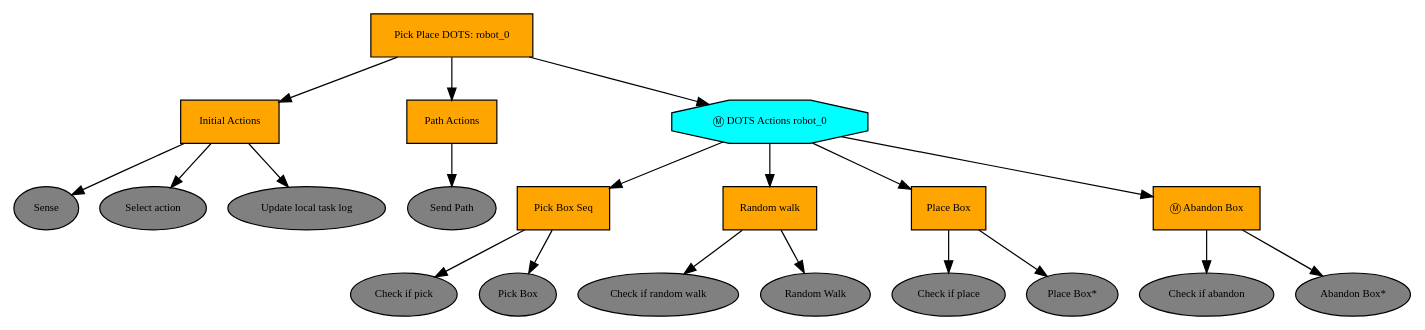
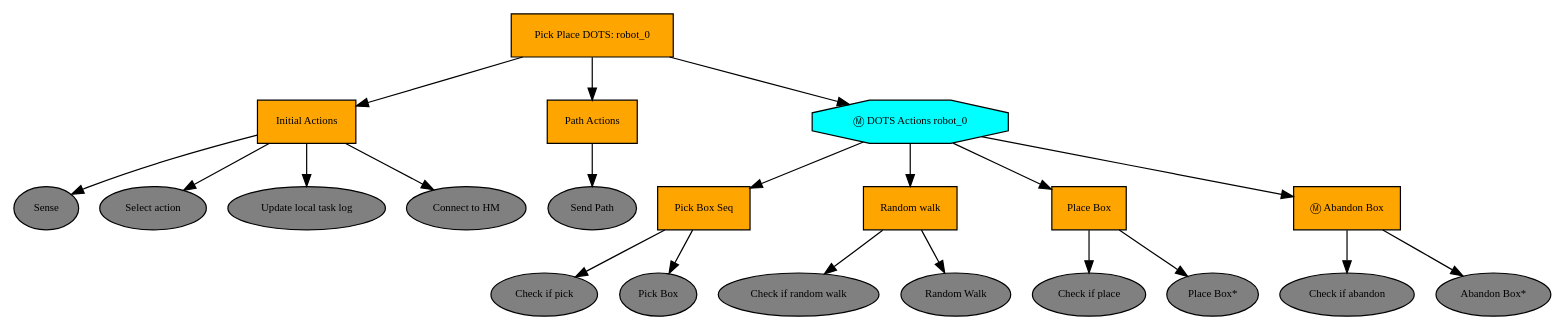
The diagram in simulator/pick_place_dots_robot_0.dot (LuminateBristol/hive_alife_2025), drawn with Graphviz before and after one commit. The commit also changed 568 other files, not shown here.

Commit message:
logistics implemented with knowledge graph and working

```diff
--- a/simulator/pick_place_dots_robot_0.dot
+++ b/simulator/pick_place_dots_robot_0.dot
@@ -1,45 +1,47 @@
 digraph pastafarianism {
 ordering=out;
 graph [fontname="times-roman"];
 node [fontname="times-roman"];
 edge [fontname="times-roman"];
 "Pick Place DOTS" [label="Pick Place DOTS: robot_0", shape=box, style=filled, fillcolor=orange, fontsize=9, fontcolor=black];
 "Initial Actions" [label="Initial Actions", shape=box, style=filled, fillcolor=orange, fontsize=9, fontcolor=black];
 "Pick Place DOTS":" robot_0" -> "Initial Actions";
 Sense [label=Sense, shape=ellipse, style=filled, fillcolor=gray, fontsize=9, fontcolor=black];
 "Initial Actions" -> Sense;
 "Select action" [label="Select action", shape=ellipse, style=filled, fillcolor=gray, fontsize=9, fontcolor=black];
 "Initial Actions" -> "Select action";
 "Update local task log" [label="Update local task log", shape=ellipse, style=filled, fillcolor=gray, fontsize=9, fontcolor=black];
 "Initial Actions" -> "Update local task log";
+"Connect to HM" [label="Connect to HM", shape=ellipse, style=filled, fillcolor=gray, fontsize=9, fontcolor=black];
+"Initial Actions" -> "Connect to HM";
 "Path Actions" [label="Path Actions", shape=box, style=filled, fillcolor=orange, fontsize=9, fontcolor=black];
 "Pick Place DOTS":" robot_0" -> "Path Actions";
 "Send Path" [label="Send Path", shape=ellipse, style=filled, fillcolor=gray, fontsize=9, fontcolor=black];
 "Path Actions" -> "Send Path";
 "DOTS Actions robot_0" [label="Ⓜ DOTS Actions robot_0", shape=octagon, style=filled, fillcolor=cyan, fontsize=9, fontcolor=black];
 "Pick Place DOTS":" robot_0" -> "DOTS Actions robot_0";
 "Pick Box Seq" [label="Pick Box Seq", shape=box, style=filled, fillcolor=orange, fontsize=9, fontcolor=black];
 "DOTS Actions robot_0" -> "Pick Box Seq";
 "Check if pick" [label="Check if pick", shape=ellipse, style=filled, fillcolor=gray, fontsize=9, fontcolor=black];
 "Pick Box Seq" -> "Check if pick";
 "Pick Box" [label="Pick Box", shape=ellipse, style=filled, fillcolor=gray, fontsize=9, fontcolor=black];
 "Pick Box Seq" -> "Pick Box";
 "Random walk" [label="Random walk", shape=box, style=filled, fillcolor=orange, fontsize=9, fontcolor=black];
 "DOTS Actions robot_0" -> "Random walk";
 "Check if random walk" [label="Check if random walk", shape=ellipse, style=filled, fillcolor=gray, fontsize=9, fontcolor=black];
 "Random walk" -> "Check if random walk";
 "Random Walk" [label="Random Walk", shape=ellipse, style=filled, fillcolor=gray, fontsize=9, fontcolor=black];
 "Random walk" -> "Random Walk";
 "Place Box" [label="Place Box", shape=box, style=filled, fillcolor=orange, fontsize=9, fontcolor=black];
 "DOTS Actions robot_0" -> "Place Box";
 "Check if place" [label="Check if place", shape=ellipse, style=filled, fillcolor=gray, fontsize=9, fontcolor=black];
 "Place Box" -> "Check if place";
 "Place Box*" [label="Place Box*", shape=ellipse, style=filled, fillcolor=gray, fontsize=9, fontcolor=black];
 "Place Box" -> "Place Box*";
 "Abandon Box" [label="Ⓜ Abandon Box", shape=box, style=filled, fillcolor=orange, fontsize=9, fontcolor=black];
 "DOTS Actions robot_0" -> "Abandon Box";
 "Check if abandon" [label="Check if abandon", shape=ellipse, style=filled, fillcolor=gray, fontsize=9, fontcolor=black];
 "Abandon Box" -> "Check if abandon";
 "Abandon Box*" [label="Abandon Box*", shape=ellipse, style=filled, fillcolor=gray, fontsize=9, fontcolor=black];
 "Abandon Box" -> "Abandon Box*";
 }
```
